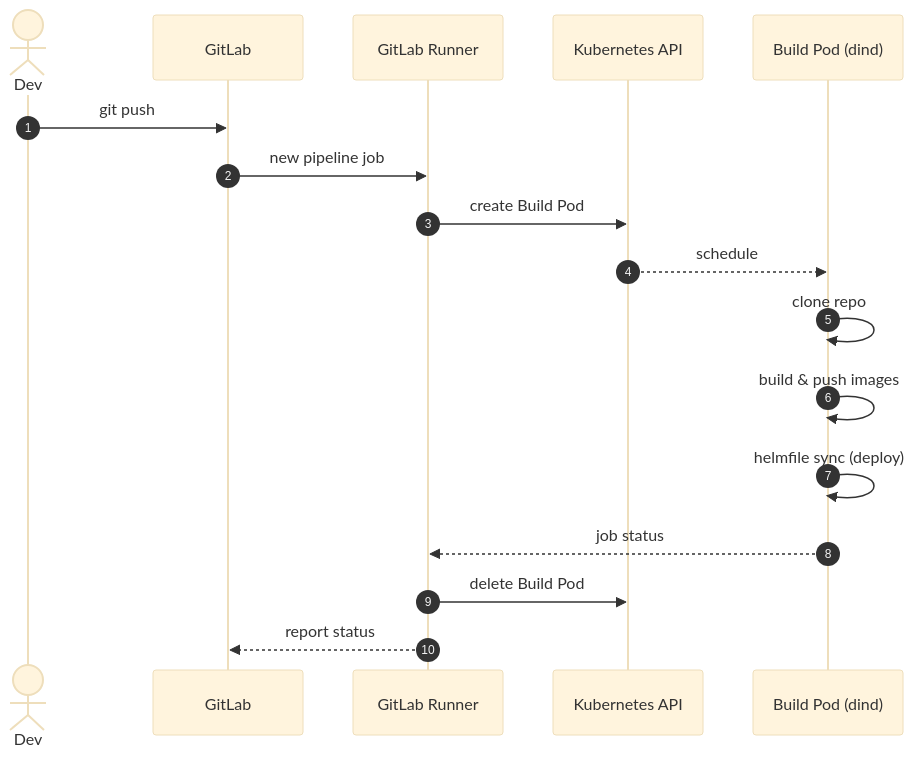
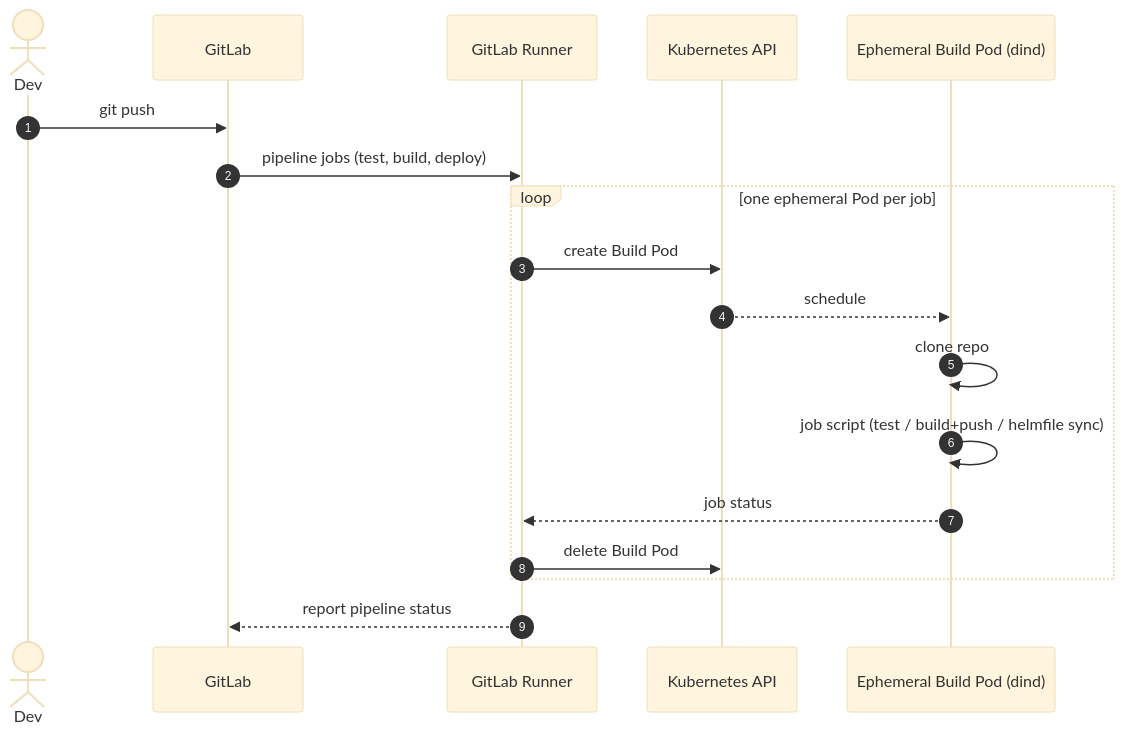
One commit to mohamad4444/cloud-native-purchase-system changed diagram 13 of 13 in docs/_drafts/thesis-concepts.md. Above: the diagram before and after it, drawn with Mermaid (base theme). The commit also changed other lines of this file and 5 other files, not shown here.

Commit message:
docs: correct diagram inaccuracies found in source-code review

````diff
--- a/docs/_drafts/thesis-concepts.md
+++ b/docs/_drafts/thesis-concepts.md
@@ -262,19 +281,20 @@
 ```mermaid
 sequenceDiagram
   autonumber
   actor Dev
   participant GL as GitLab
   participant R as GitLab Runner
   participant K as Kubernetes API
-  participant Pod as Build Pod (dind)
+  participant Pod as Ephemeral Build Pod (dind)
   Dev->>GL: git push
-  GL->>R: new pipeline job
-  R->>K: create Build Pod
-  K-->>Pod: schedule
-  Pod->>Pod: clone repo
-  Pod->>Pod: build & push images
-  Pod->>Pod: helmfile sync (deploy)
-  Pod-->>R: job status
-  R->>K: delete Build Pod
-  R-->>GL: report status
+  GL->>R: pipeline jobs (test, build, deploy)
+  loop one ephemeral Pod per job
+    R->>K: create Build Pod
+    K-->>Pod: schedule
+    Pod->>Pod: clone repo
+    Pod->>Pod: job script (test / build+push / helmfile sync)
+    Pod-->>R: job status
+    R->>K: delete Build Pod
+  end
+  R-->>GL: report pipeline status
 ```
````
